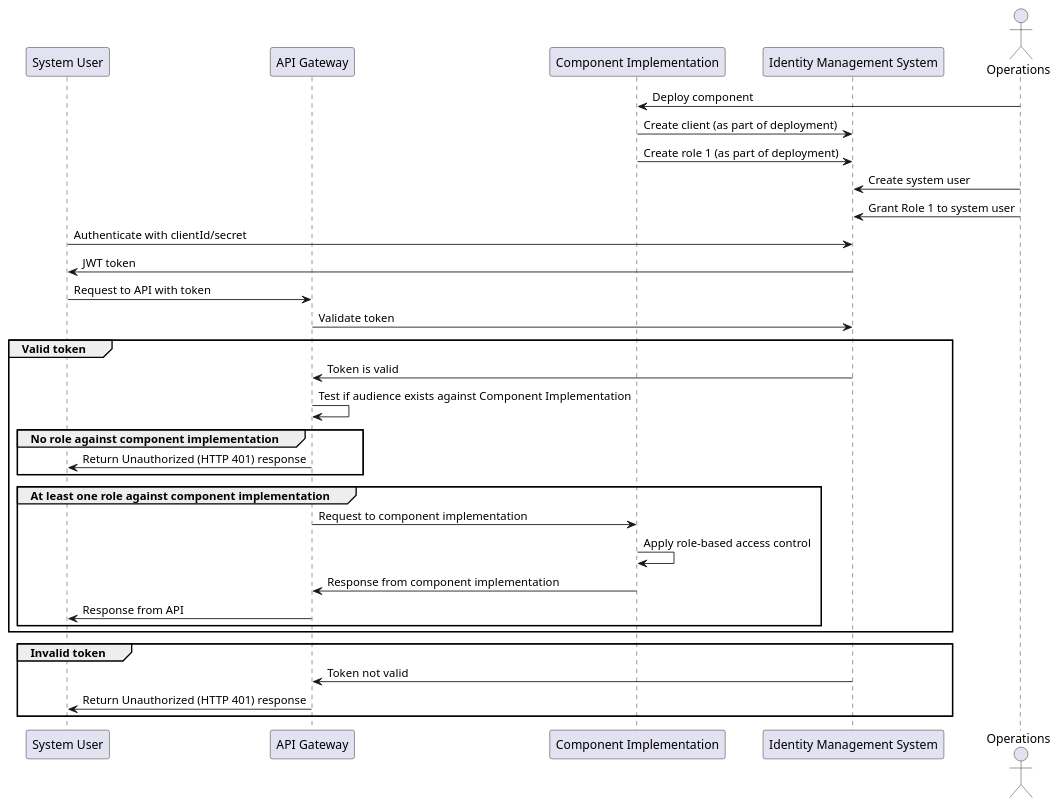
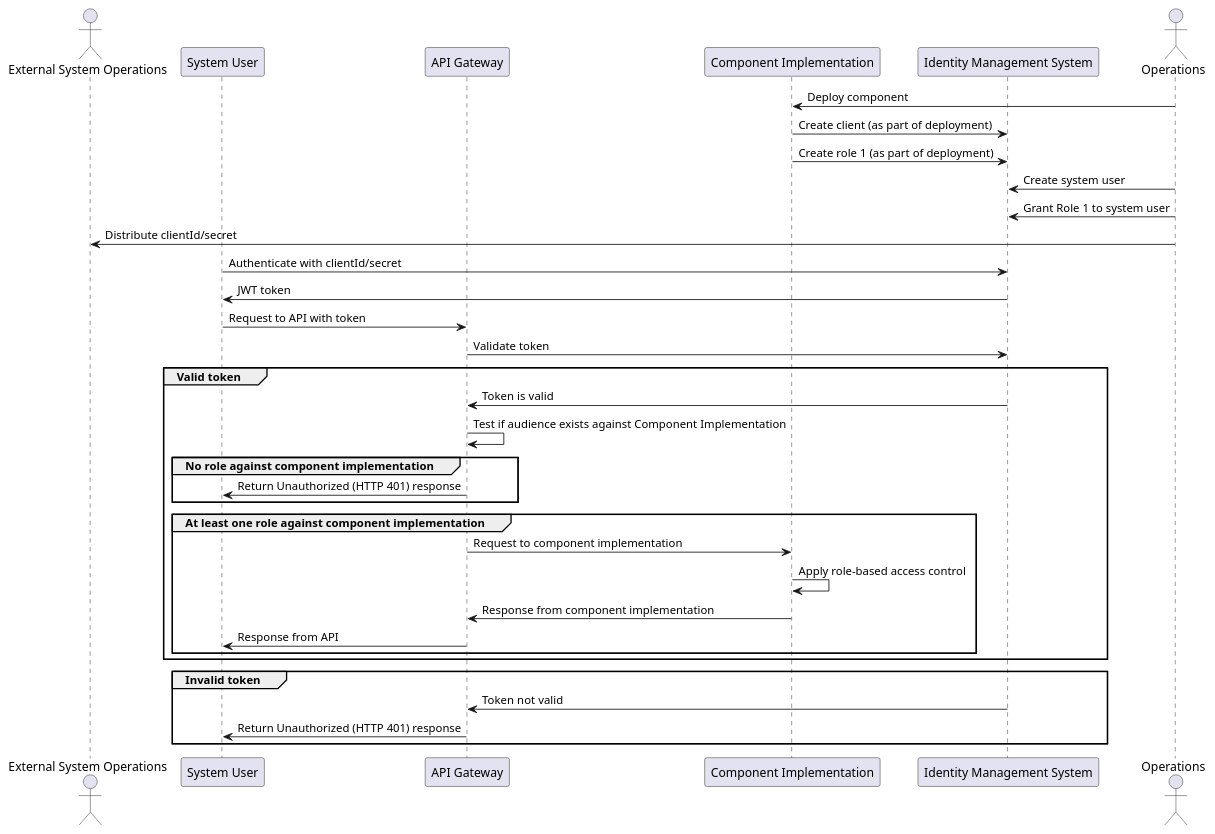
Before and after one commit to tmforum-oda/oda-canvas: the diagram in oda-canvas-ctk/usecase-library/pumlFiles/authentication-external-system.puml, drawn with PlantUML.

```diff
--- a/oda-canvas-ctk/usecase-library/pumlFiles/authentication-external-system.puml
+++ b/oda-canvas-ctk/usecase-library/pumlFiles/authentication-external-system.puml
@@ -1,40 +1,42 @@
 @startuml
 
+actor externalSystemOperations as "External System Operations"
 participant SystemUser as "System User"
 participant APIGateway as "API Gateway"
 participant ComponentImplementation as "Component Implementation"
 participant IdentityManagementSystem as "Identity Management System"
 actor Operations
 
 Operations -> ComponentImplementation: Deploy component
 ComponentImplementation -> IdentityManagementSystem: Create client (as part of deployment)
 ComponentImplementation -> IdentityManagementSystem: Create role 1 (as part of deployment)
 Operations -> IdentityManagementSystem : Create system user
 Operations -> IdentityManagementSystem : Grant Role 1 to system user
+Operations -> externalSystemOperations: Distribute clientId/secret
 SystemUser -> IdentityManagementSystem : Authenticate with clientId/secret
 SystemUser <- IdentityManagementSystem : JWT token
 
 SystemUser -> APIGateway : Request to API with token
 APIGateway -> IdentityManagementSystem: Validate token
 
 group Valid token
     APIGateway <- IdentityManagementSystem: Token is valid
     APIGateway -> APIGateway: Test if audience exists against Component Implementation
     group No role against component implementation
         APIGateway -> SystemUser : Return Unauthorized (HTTP 401) response
     end
     group At least one role against component implementation
         APIGateway -> ComponentImplementation: Request to component implementation
         ComponentImplementation -> ComponentImplementation: Apply role-based access control
         APIGateway <- ComponentImplementation: Response from component implementation
         SystemUser <- APIGateway : Response from API
     end
 end
 
 group Invalid token
     APIGateway <- IdentityManagementSystem: Token not valid
     APIGateway -> SystemUser : Return Unauthorized (HTTP 401) response
 end
 
 
 @enduml
```
